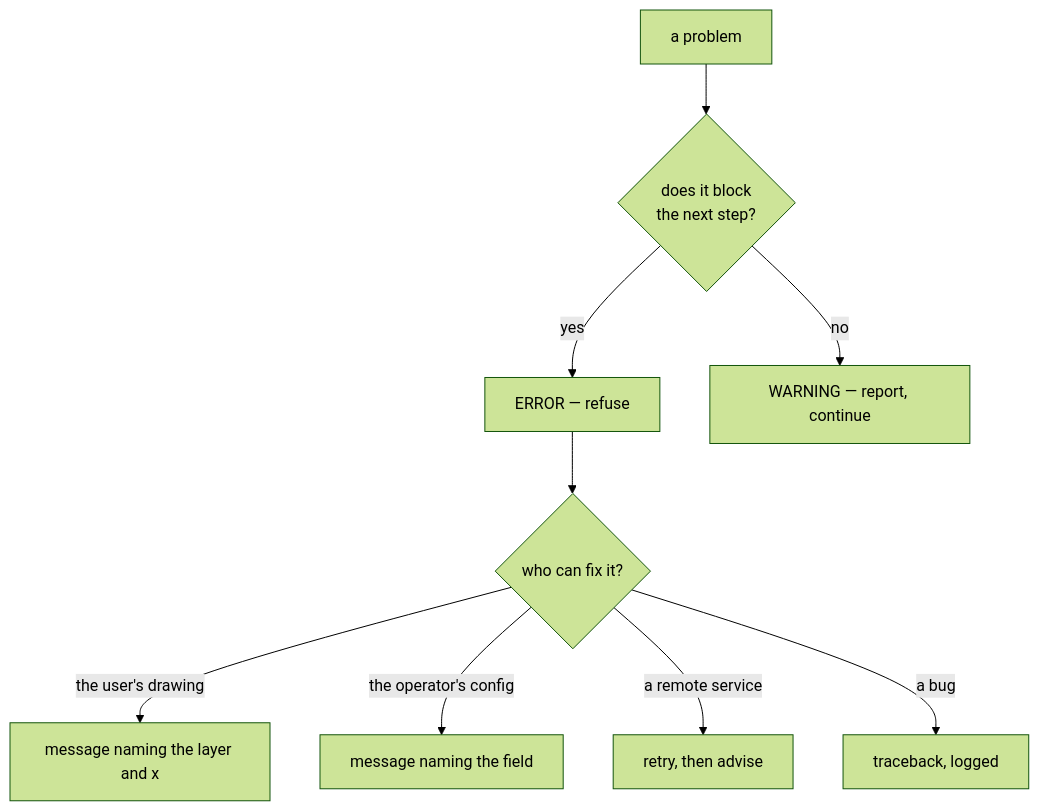
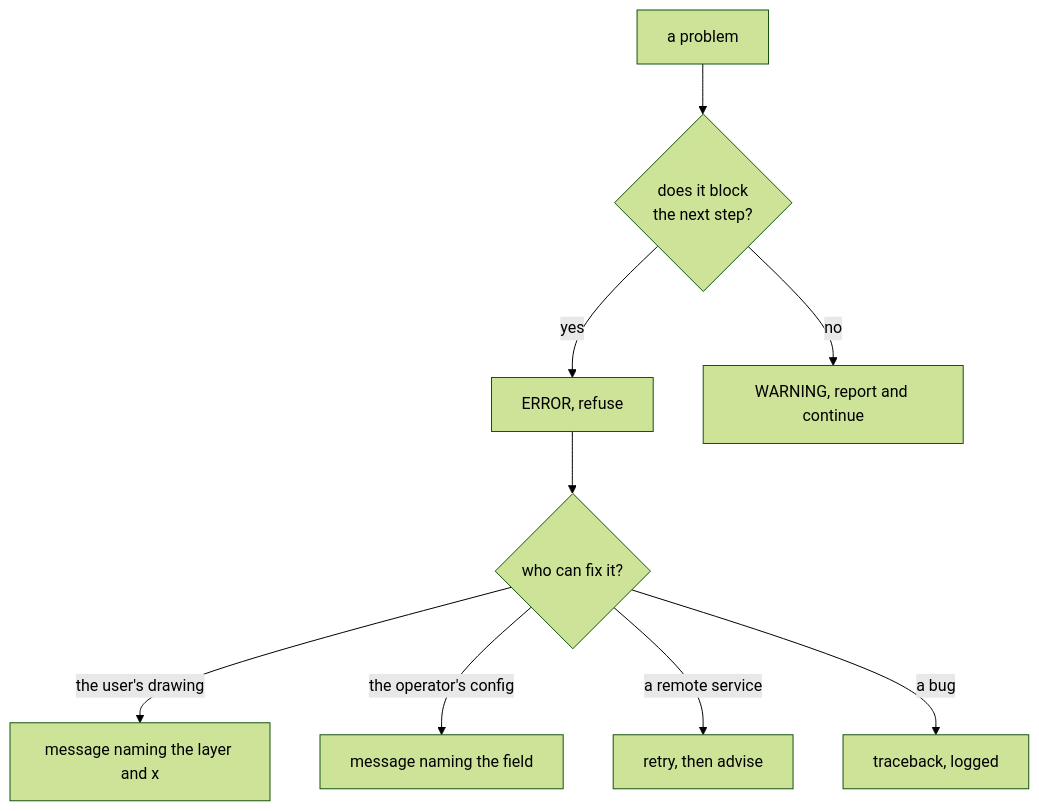
One commit to jennarbates/StratigraphyGenerator changed the diagram in docs/cs/error-taxonomies.md. Above: the diagram before and after it, drawn with Mermaid (forest theme). The commit also changed other lines of this file and 309 other files, not shown here.

````diff
--- a/docs/cs/error-taxonomies.md
+++ b/docs/cs/error-taxonomies.md
@@ -39,11 +39,11 @@
 ```mermaid
 flowchart TB
   P["a problem"] --> S{"does it block<br/>the next step?"}
-  S -->|yes| E["ERROR — refuse"]
-  S -->|no| W["WARNING — report, continue"]
+  S -->|yes| E["ERROR, refuse"]
+  S -->|no| W["WARNING, report and continue"]
   E --> A{"who can fix it?"}
   A -->|"the user's drawing"| U["message naming the layer and x"]
   A -->|"the operator's config"| O["message naming the field"]
   A -->|"a remote service"| R["retry, then advise"]
   A -->|"a bug"| D["traceback, logged"]
 ```
````
